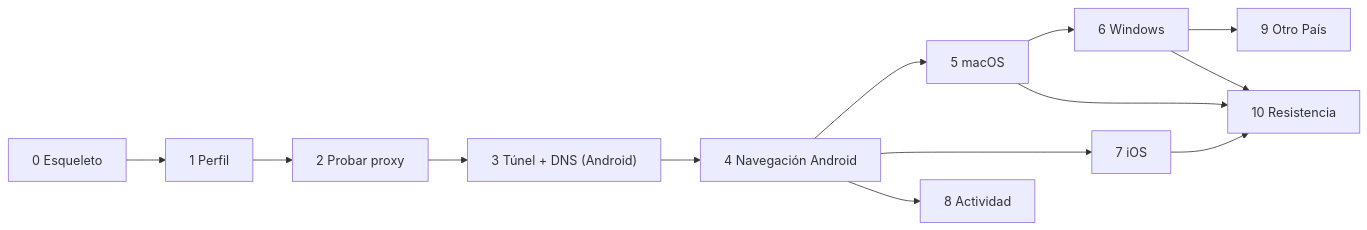
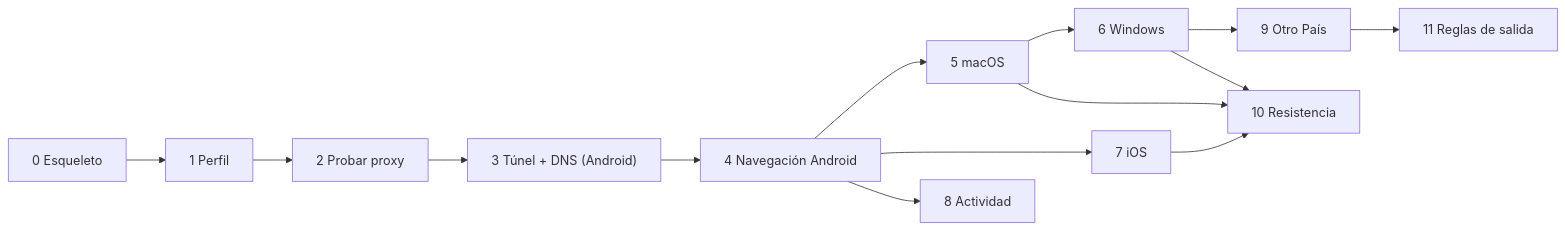
Before and after one commit to drewdev02/Proxy: the diagram in ROADMAP.md, drawn with Mermaid. The commit also changed other lines of this file and 3 other files, not shown here.

Commit message:
Documentación de las reglas de salida (capa 11 del ROADMAP y README); nombres de prueba sin comas para iOS

````diff
--- a/ROADMAP.md
+++ b/ROADMAP.md
@@ -31,9 +32,9 @@
 ```mermaid
 flowchart LR
     C0["0 Esqueleto"] --> C1["1 Perfil"] --> C2["2 Probar proxy"] --> C3["3 Túnel + DNS (Android)"] --> C4["4 Navegación Android"]
     C4 --> C5["5 macOS"] --> C6["6 Windows"]
     C4 --> C7["7 iOS"]
     C4 --> C8["8 Actividad"]
-    C6 --> C9["9 Otro País"]
+    C6 --> C9["9 Otro País"] --> C11["11 Reglas de salida"]
     C5 & C6 & C7 --> C10["10 Resistencia"]
 ```
````
